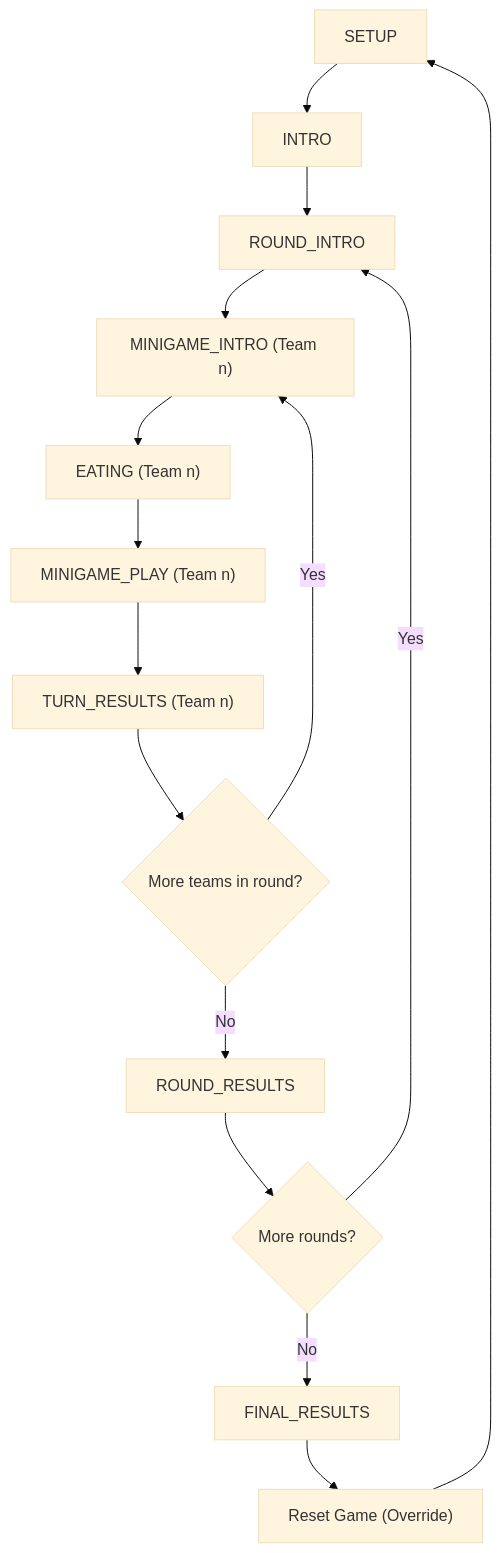
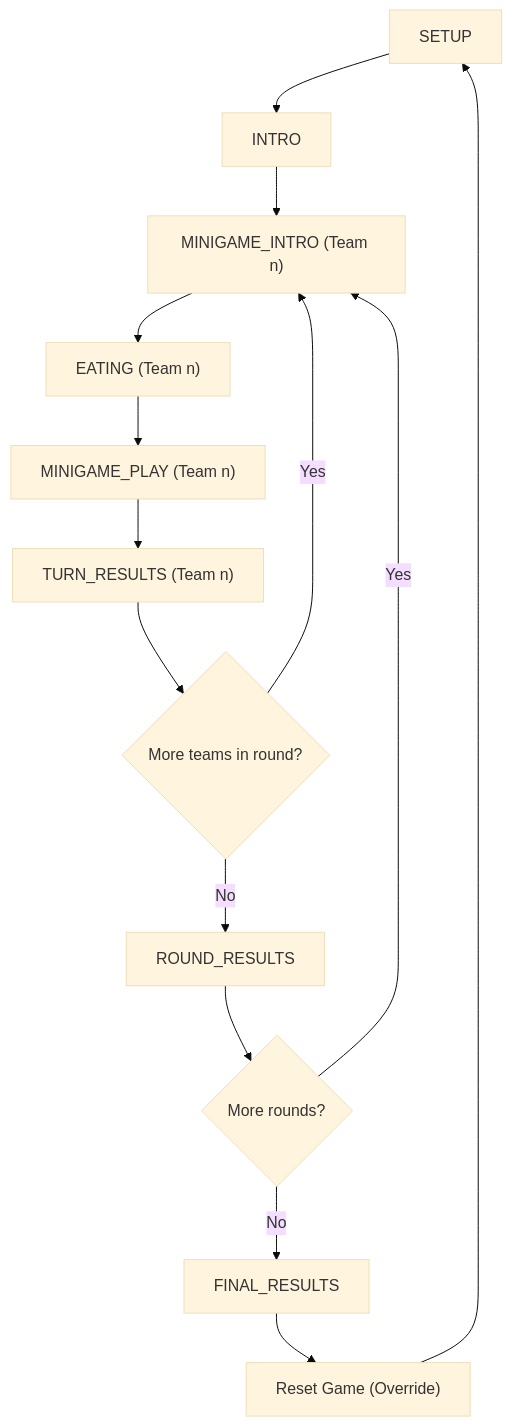
Before and after one commit to BradleyExton/wing-night: the diagram in docs/core-game-flow-ui.md, drawn with Mermaid (base theme). The commit also changed other lines of this file and 43 other files, not shown here.

First line of the commit message:
Skip the beat nobody waited for: the round opens on the team briefing

````diff
--- a/docs/core-game-flow-ui.md
+++ b/docs/core-game-flow-ui.md
@@ -19,17 +19,16 @@
 ```mermaid
 flowchart TD
   A["SETUP"] --> B["INTRO"]
-  B --> C["ROUND_INTRO"]
-  C --> D["MINIGAME_INTRO (Team n)"]
+  B --> D["MINIGAME_INTRO (Team n)"]
   D --> E["EATING (Team n)"]
   E --> F["MINIGAME_PLAY (Team n)"]
   F --> G["TURN_RESULTS (Team n)"]
   G --> H{"More teams in round?"}
   H -- Yes --> D
   H -- No --> I["ROUND_RESULTS"]
   I --> J{"More rounds?"}
-  J -- Yes --> C
+  J -- Yes --> D
   J -- No --> K["FINAL_RESULTS"]
   K --> L["Reset Game (Override)"]
   L --> A
 ```
````
